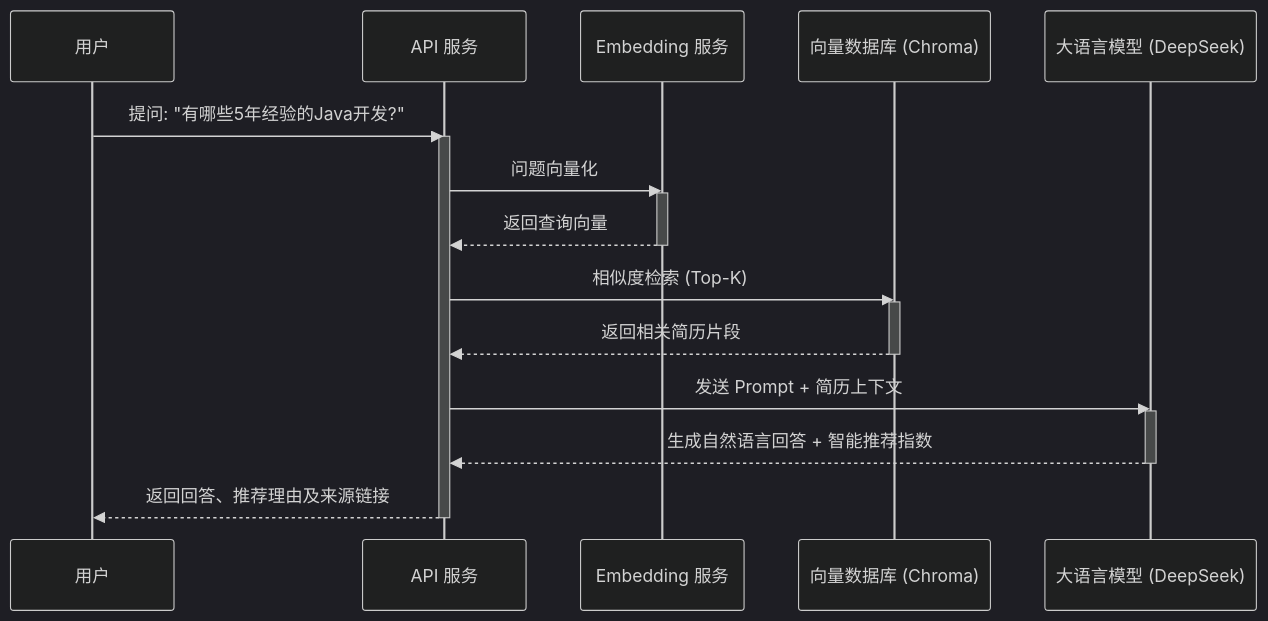
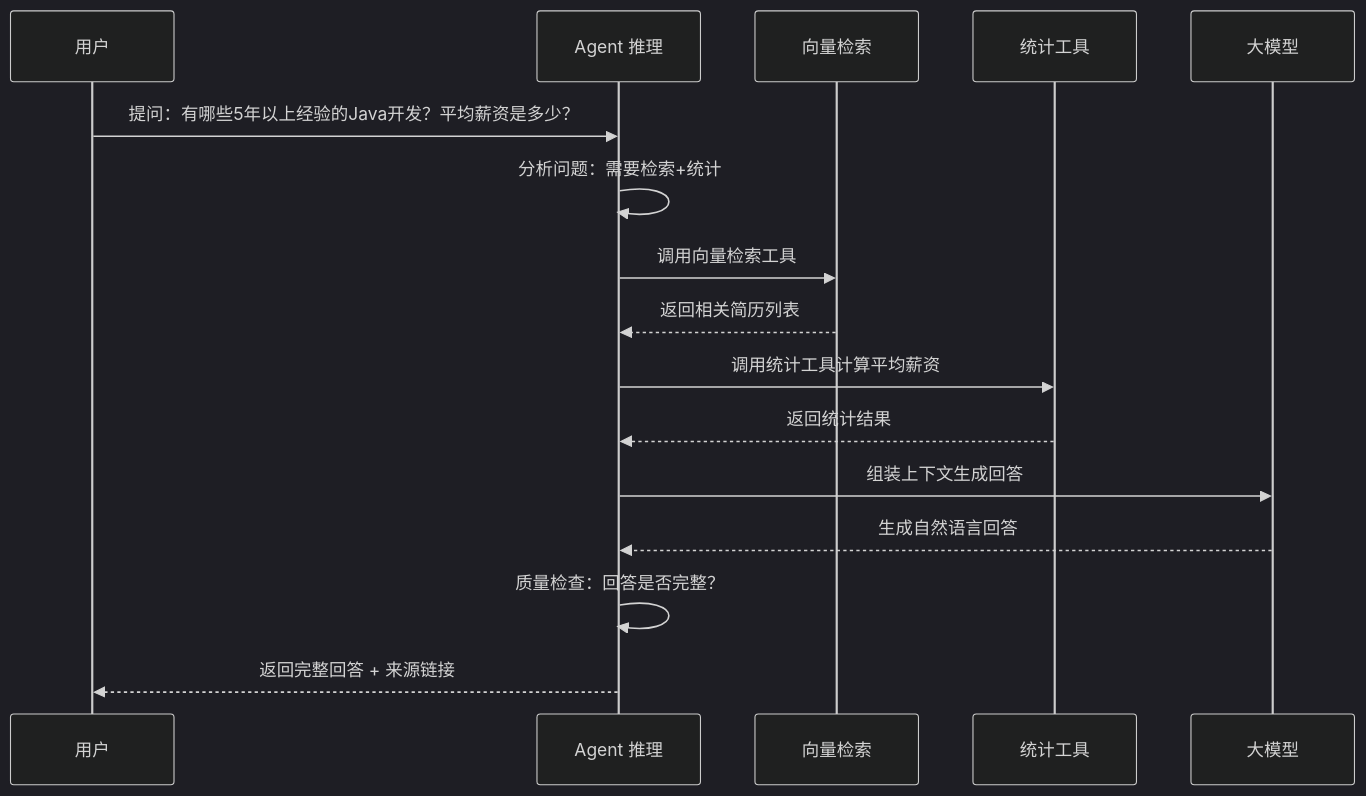
Before and after one commit to xt765/ResumeScreening: the tenth of 18 diagrams in README.md, drawn with Mermaid (dark theme). The commit also changed other lines of this file and 4 other files, not shown here.

````diff
--- a/README.md
+++ b/README.md
@@ -387,29 +480,25 @@
 ```mermaid
 sequenceDiagram
     participant User as 用户
-    participant API as API 服务
-    participant Embed as Embedding 服务
-    participant DB as 向量数据库 (Chroma)
-    participant LLM as 大语言模型 (DeepSeek)
+    participant Agent as Agent 推理
+    participant Vector as 向量检索
+    participant Stats as 统计工具
+    participant LLM as 大模型
     
-    User->>API: 提问: "有哪些5年经验的Java开发?"
-    activate API
+    User->>Agent: 提问：有哪些5年以上经验的Java开发？平均薪资是多少？
     
-    API->>Embed: 问题向量化
-    activate Embed
-    Embed-->>API: 返回查询向量
-    deactivate Embed
+    Agent->>Agent: 分析问题：需要检索+统计
     
-    API->>DB: 相似度检索 (Top-K)
-    activate DB
-    DB-->>API: 返回相关简历片段
-    deactivate DB
+    Agent->>Vector: 调用向量检索工具
+    Vector-->>Agent: 返回相关简历列表
     
-    API->>LLM: 发送 Prompt + 简历上下文
-    activate LLM
-    LLM-->>API: 生成自然语言回答 + 智能推荐指数
-    deactivate LLM
+    Agent->>Stats: 调用统计工具计算平均薪资
+    Stats-->>Agent: 返回统计结果
     
-    API-->>User: 返回回答、推荐理由及来源链接
-    deactivate API
+    Agent->>LLM: 组装上下文生成回答
+    LLM-->>Agent: 生成自然语言回答
+    
+    Agent->>Agent: 质量检查：回答是否完整？
+    
+    Agent-->>User: 返回完整回答 + 来源链接
 ```
````
